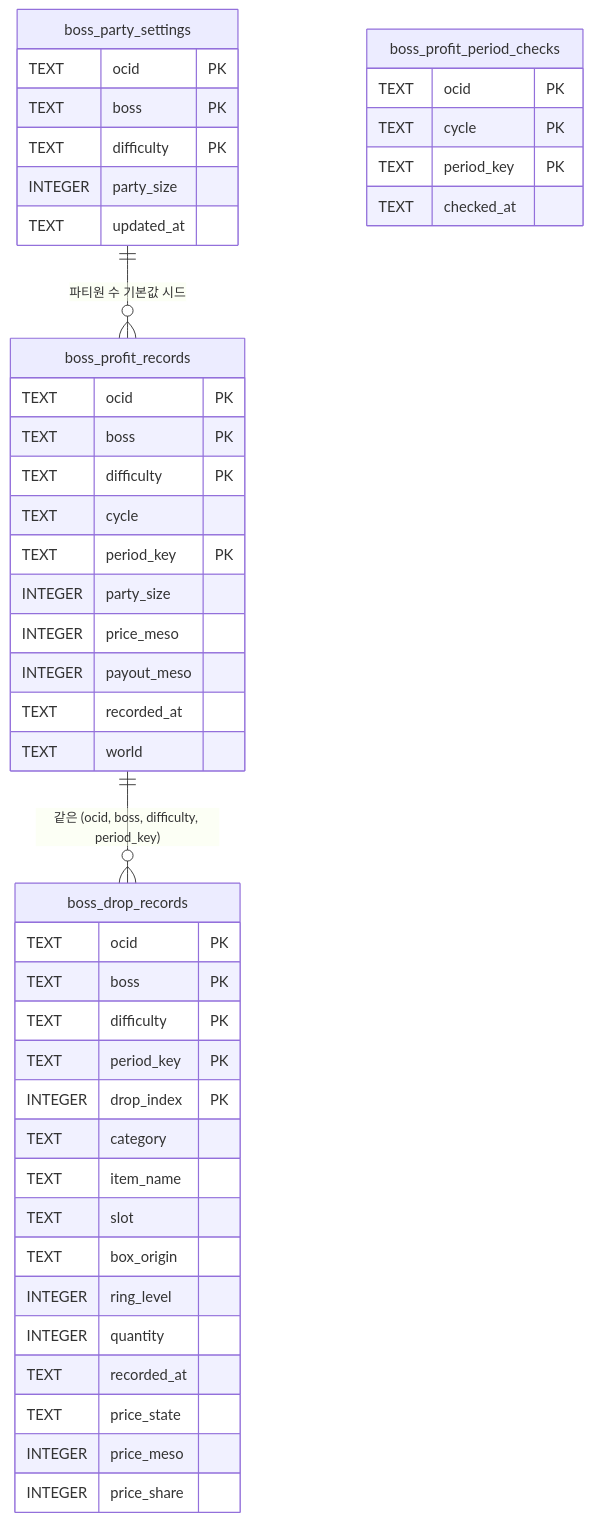
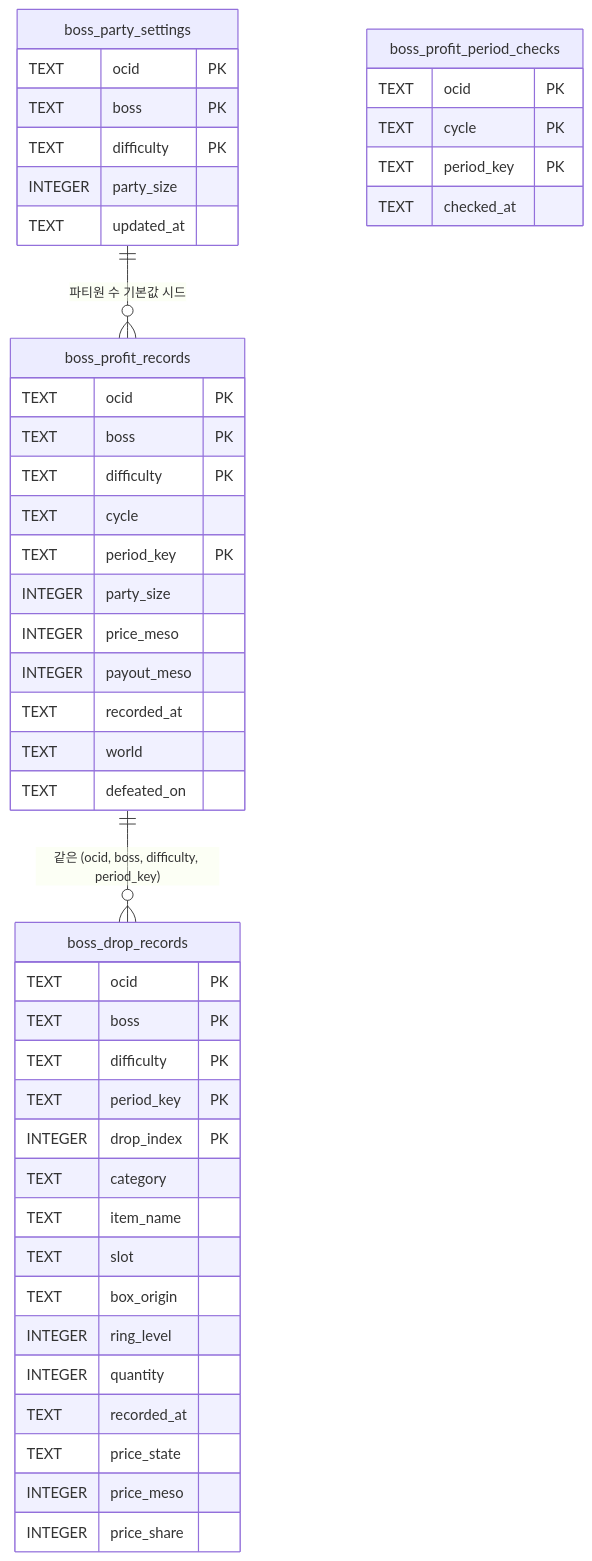
Before and after one commit to jini520/maple-routine: the first of 2 diagrams in docs/persistence/sqlite.md, drawn with Mermaid. The commit also changed other lines of this file and 11 other files, not shown here.

````diff
--- a/docs/persistence/sqlite.md
+++ b/docs/persistence/sqlite.md
@@ -12,47 +12,48 @@
 ```mermaid
 erDiagram
     boss_profit_records {
         TEXT ocid PK
         TEXT boss PK
         TEXT difficulty PK
         TEXT cycle
         TEXT period_key PK
         INTEGER party_size
         INTEGER price_meso
         INTEGER payout_meso
         TEXT recorded_at
         TEXT world
+        TEXT defeated_on
     }
     boss_party_settings {
         TEXT ocid PK
         TEXT boss PK
         TEXT difficulty PK
         INTEGER party_size
         TEXT updated_at
     }
     boss_profit_period_checks {
         TEXT ocid PK
         TEXT cycle PK
         TEXT period_key PK
         TEXT checked_at
     }
     boss_drop_records {
         TEXT ocid PK
         TEXT boss PK
         TEXT difficulty PK
         TEXT period_key PK
         INTEGER drop_index PK
         TEXT category
         TEXT item_name
         TEXT slot
         TEXT box_origin
         INTEGER ring_level
         INTEGER quantity
         TEXT recorded_at
         TEXT price_state
         INTEGER price_meso
         INTEGER price_share
     }
     boss_party_settings ||--o{ boss_profit_records : "파티원 수 기본값 시드"
     boss_profit_records ||--o{ boss_drop_records : "같은 (ocid, boss, difficulty, period_key)"
 ```
````
